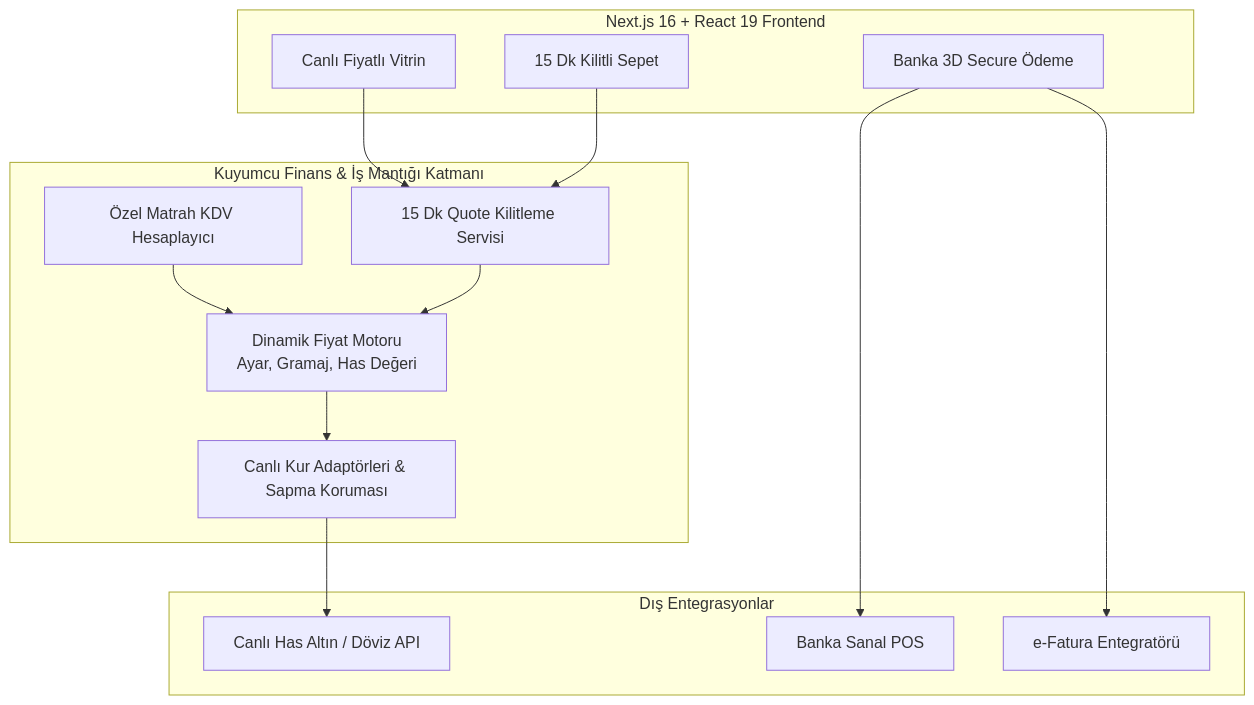
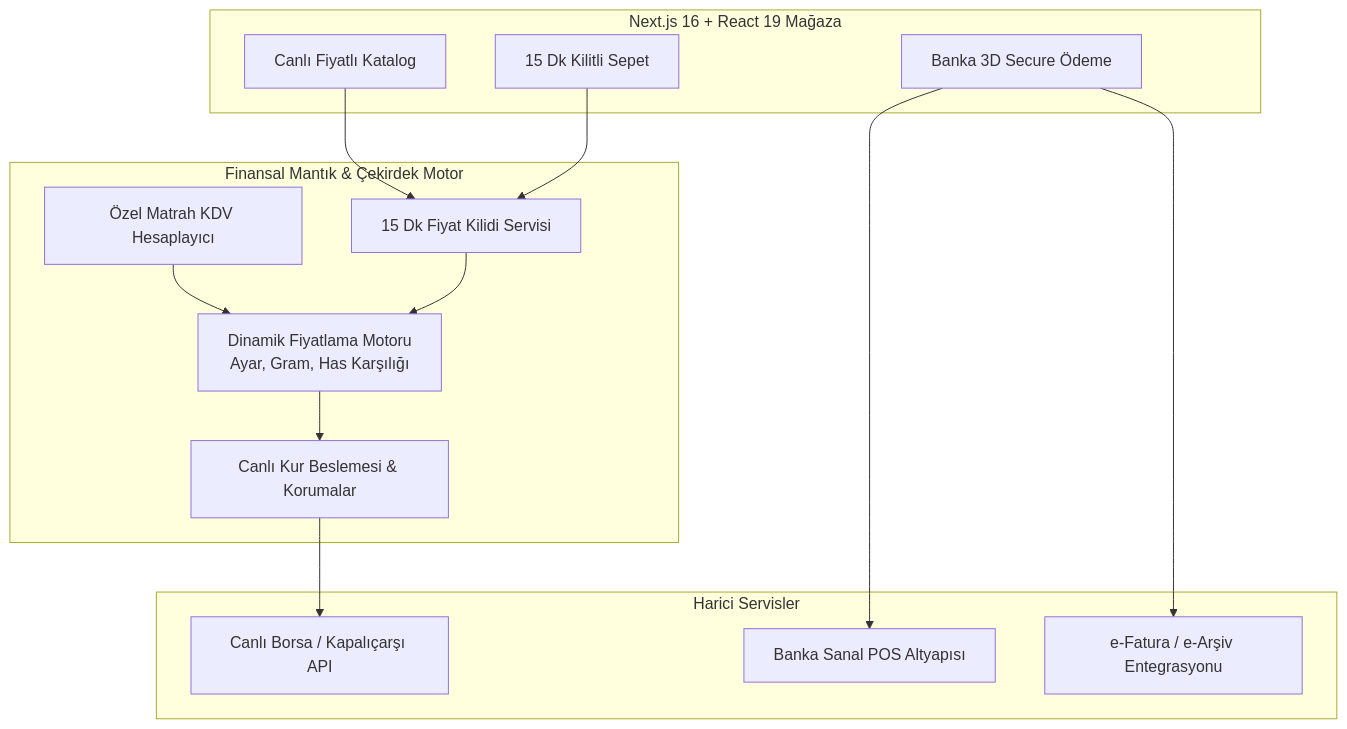
The diagram in README.tr.md (CeyhunOzcorapsiz/kuyumcu-showcase), drawn with Mermaid before and after one commit. The commit also changed other lines of this file and 3 other files, not shown here.

````diff
--- a/README.tr.md
+++ b/README.tr.md
@@ -27,28 +36,28 @@
 ```mermaid
 flowchart TB
-    subgraph UI[Next.js 16 + React 19 Frontend]
-        VTR[Canlı Fiyatlı Vitrin]
-        SPT[15 Dk Kilitli Sepet]
-        OD[Banka 3D Secure Ödeme]
+    subgraph UI["Next.js 16 + React 19 Mağaza"]
+        VTR["Canlı Fiyatlı Katalog"]
+        SPT["15 Dk Kilitli Sepet"]
+        OD["Banka 3D Secure Ödeme"]
     end
-    subgraph ENGINE[Kuyumcu Finans & İş Mantığı Katmanı]
-        PRC[Dinamik Fiyat Motoru<br/>Ayar, Gramaj, Has Değeri]
-        VAT[Özel Matrah KDV Hesaplayıcı]
-        LCK[15 Dk Quote Kilitleme Servisi]
-        SRC[Canlı Kur Adaptörleri & Sapma Koruması]
+    subgraph ENGINE["Finansal Mantık & Çekirdek Motor"]
+        PRC["Dinamik Fiyatlama Motoru<br/>Ayar, Gram, Has Karşılığı"]
+        VAT["Özel Matrah KDV Hesaplayıcı"]
+        LCK["15 Dk Fiyat Kilidi Servisi"]
+        SRC["Canlı Kur Beslemesi & Korumalar"]
     end
-    subgraph EXT[Dış Entegrasyonlar]
-        GOLD[Canlı Has Altın / Döviz API]
-        BANK[Banka Sanal POS]
-        INV[e-Fatura Entegratörü]
+    subgraph EXT["Harici Servisler"]
+        GOLD["Canlı Borsa / Kapalıçarşı API"]
+        BANK["Banka Sanal POS Altyapısı"]
+        INV["e-Fatura / e-Arşiv Entegrasyonu"]
     end
 
     SRC --> GOLD
     PRC --> SRC
     VAT --> PRC
     LCK --> PRC
     VTR --> LCK
     SPT --> LCK
     OD --> BANK
     OD --> INV
 ```
````
